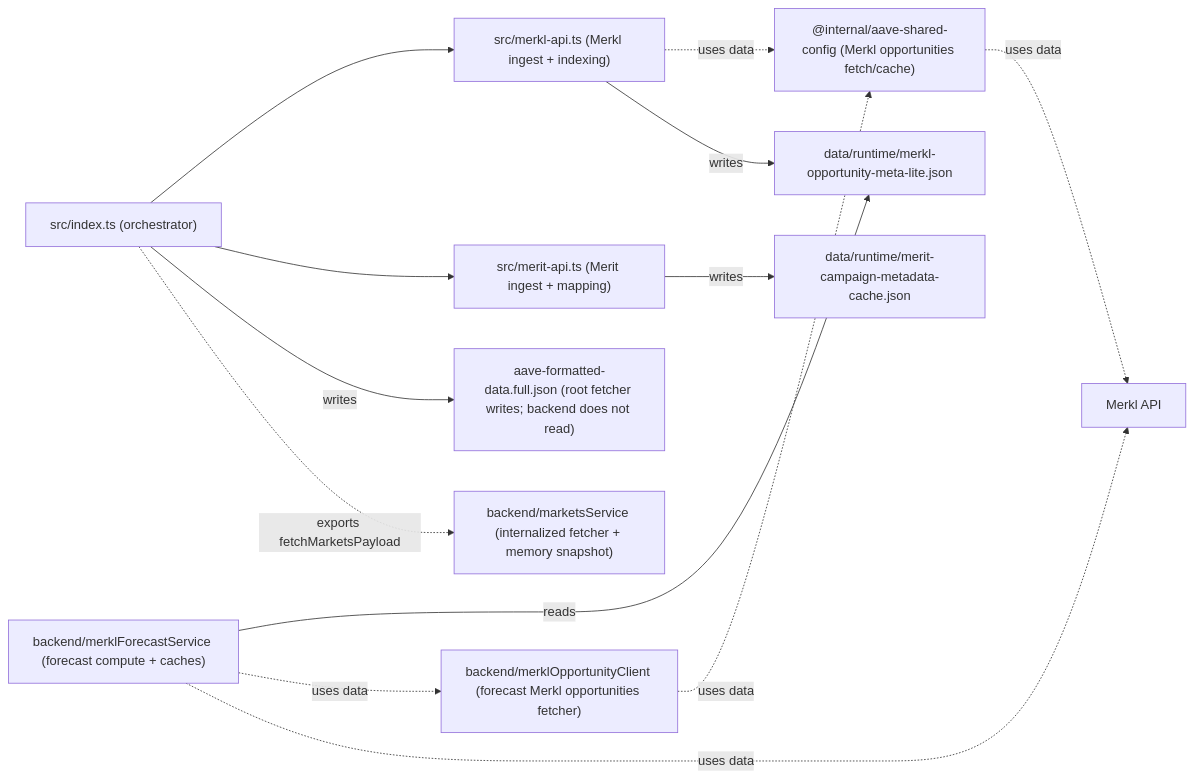
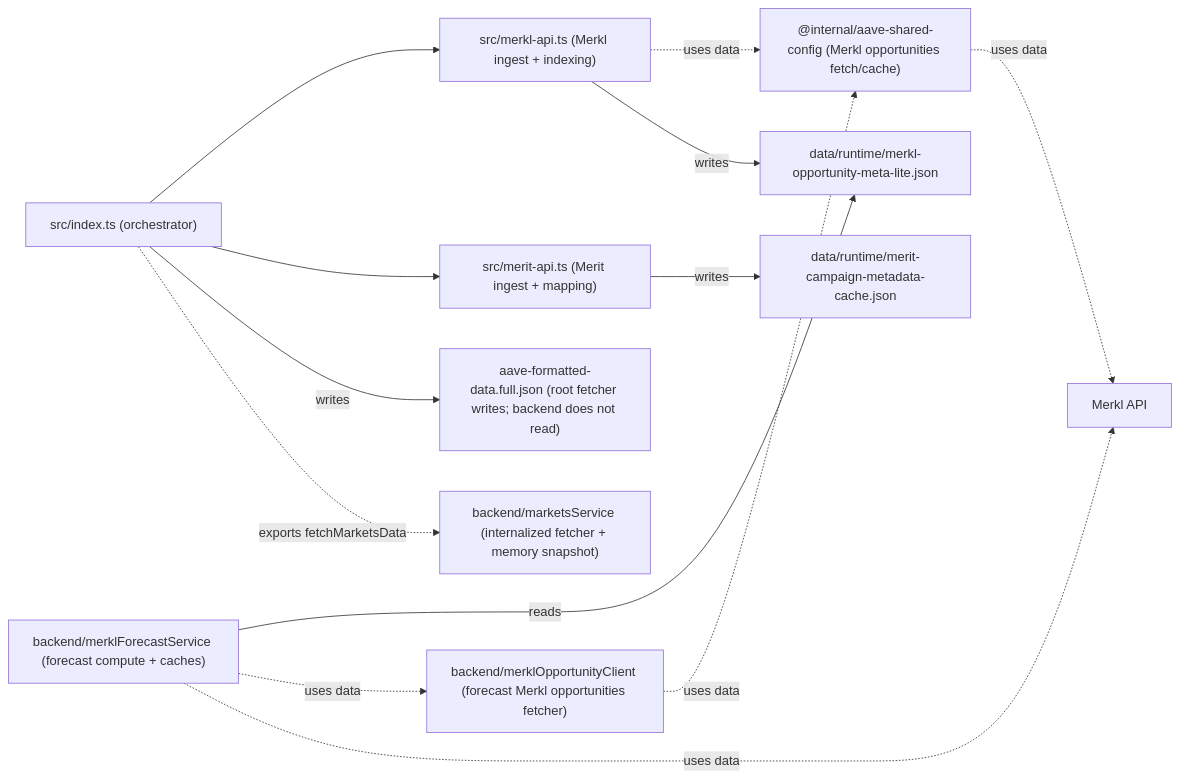
The first of 5 diagrams in docs/merkl-merit-cache-architecture.md (0xPabloLI/aave-protocol-analysis), drawn with Mermaid before and after one commit. The commit also changed other lines of this file and 6 other files, not shown here.

````diff
--- a/docs/merkl-merit-cache-architecture.md
+++ b/docs/merkl-merit-cache-architecture.md
@@ -30,28 +30,28 @@
 ```mermaid
 flowchart LR
   IDX["src/index.ts (orchestrator)"]
   MERKL["src/merkl-api.ts (Merkl ingest + indexing)"]
   MERIT["src/merit-api.ts (Merit ingest + mapping)"]
   SHARED["@internal/aave-shared-config (Merkl opportunities fetch/cache)"]
   MKS["backend/marketsService (internalized fetcher + memory snapshot)"]
   FCS["backend/merklForecastService (forecast compute + caches)"]
   MOC["backend/merklOpportunityClient (forecast Merkl opportunities fetcher)"]
   MKLITE["data/runtime/merkl-opportunity-meta-lite.json"]
   MARKETS["aave-formatted-data.full.json (root fetcher writes; backend does not read)"]
   TIMER["data/runtime/merit-campaign-metadata-cache.json"]
   MERKLAPI["Merkl API"]
 
   IDX --> MERKL
   IDX --> MERIT
   MERKL -. "uses data" .-> SHARED
   SHARED -. "uses data" .-> MERKLAPI
   MERKL -- "writes" --> MKLITE
    IDX -- "writes" --> MARKETS
   MERIT -- "writes" --> TIMER
 
-  IDX -. "exports fetchMarketsPayload" .-> MKS
+  IDX -. "exports fetchMarketsData" .-> MKS
   FCS -- "reads" --> MKLITE
   FCS -. "uses data" .-> MOC
   MOC -. "uses data" .-> SHARED
   FCS -. "uses data" .-> MERKLAPI
 ```
````
